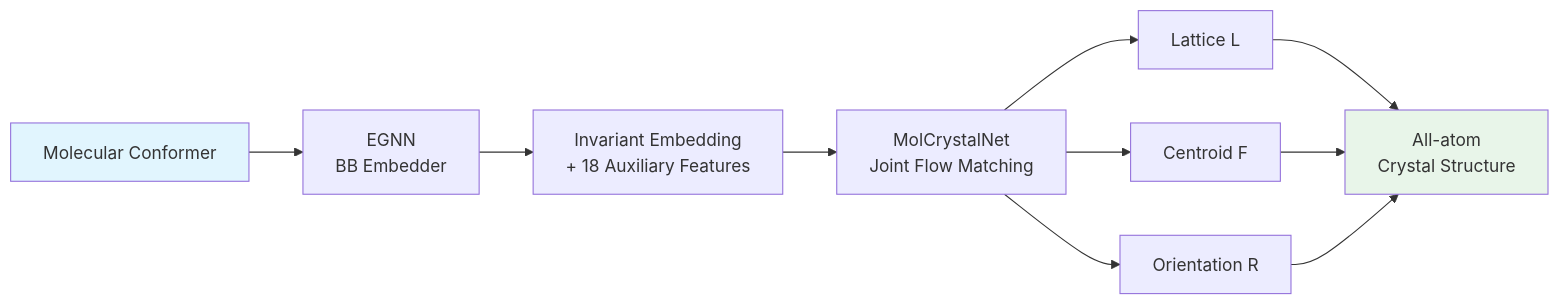
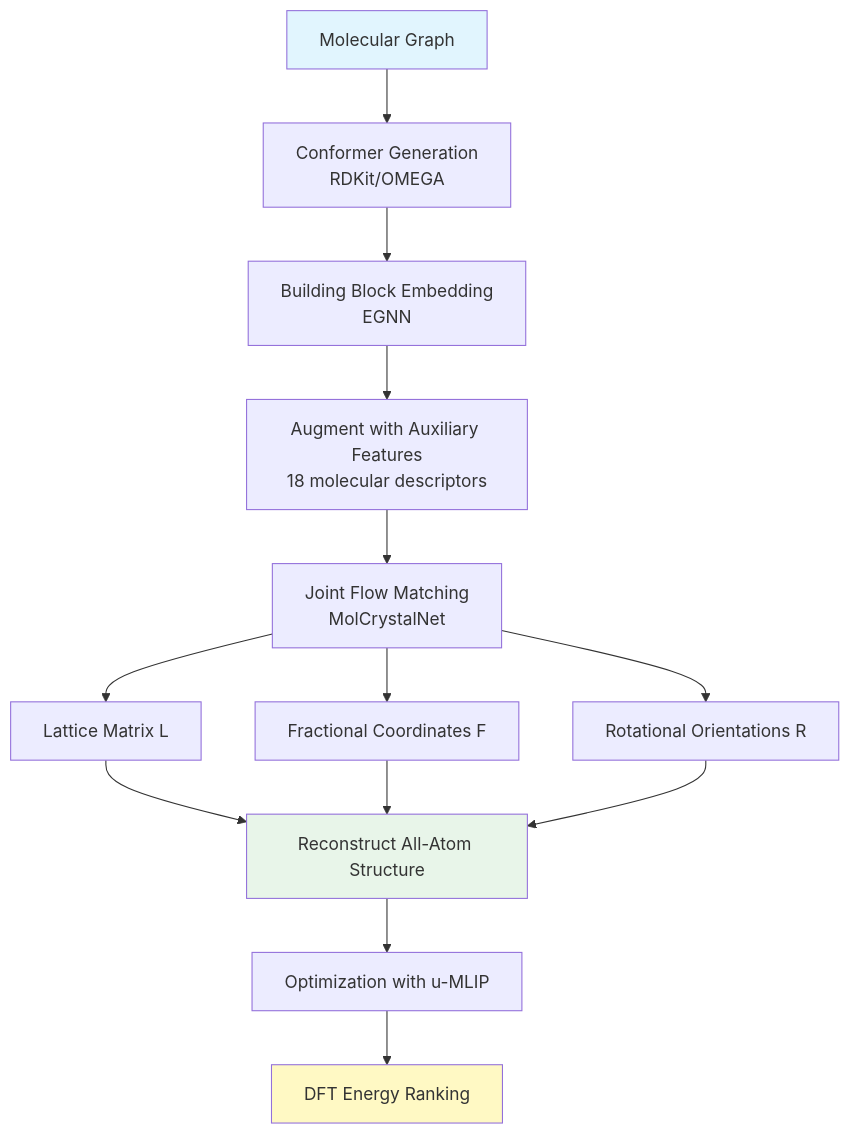
The diagram in _posts/2026-02-19-molcrystalflow-molecular-crystal-structure-prediction.md (eightmm/eightmm.github.io), drawn with Mermaid before and after one commit. The commit also changed other lines of this file, not shown here.

Commit message:
Add paper review: MolCrystalFlow - Molecular crystal structure prediction via flow matching

````diff
--- a/_posts/2026-02-19-molcrystalflow-molecular-crystal-structure-prediction.md
+++ b/_posts/2026-02-19-molcrystalflow-molecular-crystal-structure-prediction.md
@@ -36,13 +76,19 @@
 ```mermaid
-graph LR
-    A[Molecular Conformer] --> B[EGNN<br/>BB Embedder]
-    B --> C[Invariant Embedding<br/>+ 18 Auxiliary Features]
-    C --> D[MolCrystalNet<br/>Joint Flow Matching]
-    D --> E[Lattice L]
-    D --> F[Centroid F]
-    D --> G[Orientation R]
-    E & F & G --> H[All-atom<br/>Crystal Structure]
+graph TD
+    A[Molecular Graph] --> B[Conformer Generation<br/>RDKit/OMEGA]
+    B --> C[Building Block Embedding<br/>EGNN]
+    C --> D[Augment with Auxiliary Features<br/>18 molecular descriptors]
+    D --> E[Joint Flow Matching<br/>MolCrystalNet]
+    E --> F1[Lattice Matrix L]
+    E --> F2[Fractional Coordinates F]
+    E --> F3[Rotational Orientations R]
+    F1 --> G[Reconstruct All-Atom Structure]
+    F2 --> G
+    F3 --> G
+    G --> H[Optimization with u-MLIP]
+    H --> I[DFT Energy Ranking]
     
     style A fill:#e1f5fe
-    style H fill:#e8f5e9
+    style G fill:#e8f5e9
+    style I fill:#fff9c4
 ```
````
